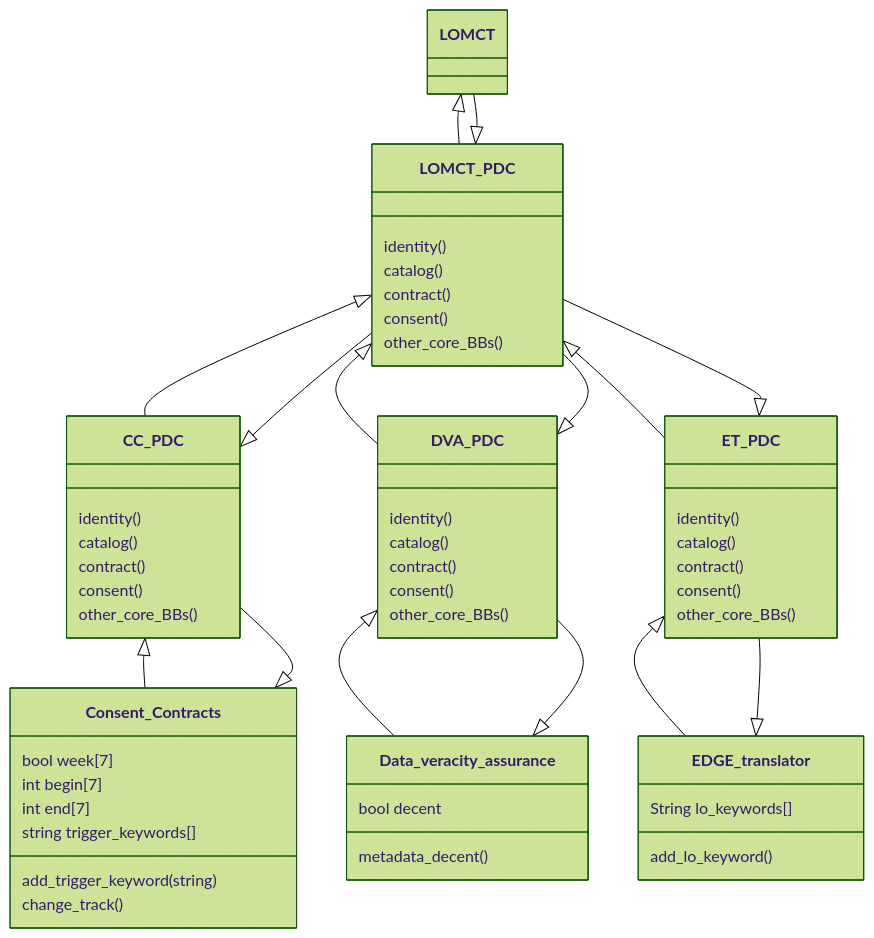
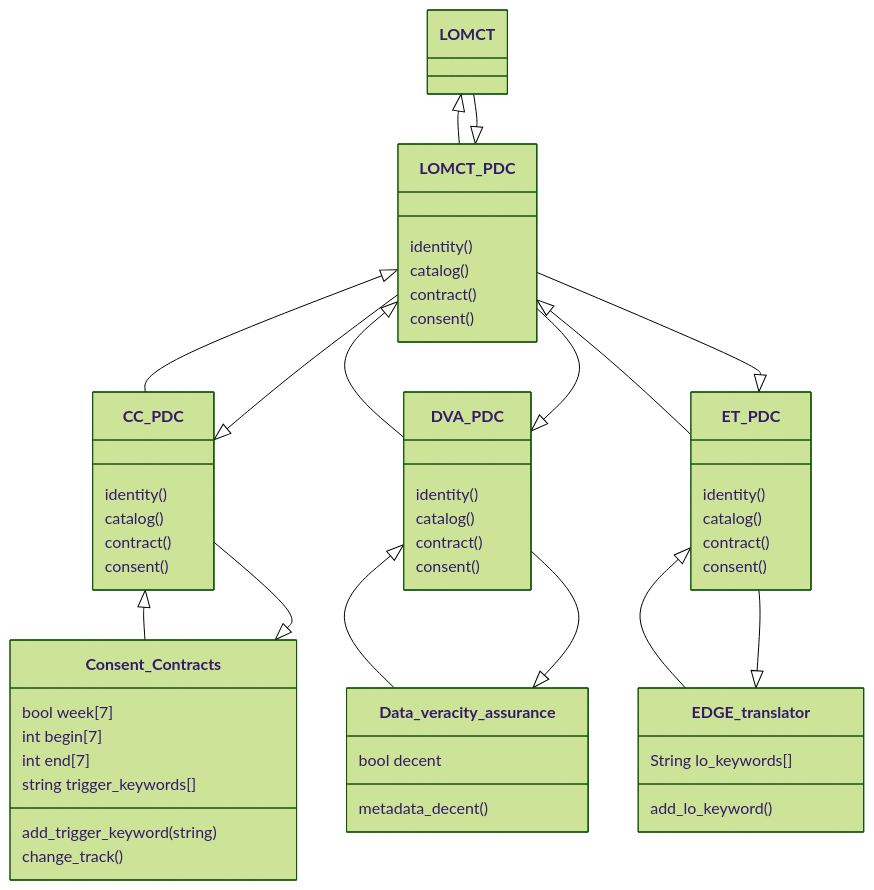
Before and after one commit to Prometheus-X-association/lomct: the second of 4 diagrams in docs/Learning Object Metadata Crowd Tagging BB – Design document.md, drawn with Mermaid (forest theme). The commit also changed other lines of this file, not shown here.

````diff
--- a/docs/Learning Object Metadata Crowd Tagging BB – Design document.md
+++ b/docs/Learning Object Metadata Crowd Tagging BB – Design document.md
@@ -565,61 +566,57 @@
 ```mermaid
 classDiagram
    LOMCT <|-- LOMCT_PDC
    LOMCT_PDC <|-- LOMCT
    LOMCT_PDC <|-- CC_PDC
    CC_PDC <|-- LOMCT_PDC
    CC_PDC <|-- Consent_Contracts
    Consent_Contracts <|-- CC_PDC
    LOMCT_PDC <|-- DVA_PDC
    DVA_PDC <|-- LOMCT_PDC
    DVA_PDC <|-- Data_veracity_assurance
    Data_veracity_assurance <|-- DVA_PDC
    LOMCT_PDC <|-- ET_PDC
    ET_PDC <|-- LOMCT_PDC
    ET_PDC <|-- EDGE_translator
    EDGE_translator <|-- ET_PDC
    class LOMCT_PDC{
      identity()
      catalog()
      contract()
      consent()
-     other_core_BBs()
    }
    class CC_PDC{
      identity()
      catalog()
      contract()
      consent()
-     other_core_BBs()
    }
    class DVA_PDC{
      identity()
      catalog()
      contract()
      consent()
-     other_core_BBs()
    }
    class ET_PDC{
      identity()
      catalog()
      contract()
      consent()
-     other_core_BBs()
    }
    class Consent_Contracts{
      bool week[7]
      int begin[7]
      int end[7]
      string trigger_keywords[]
      add_trigger_keyword(string)
      change_track()
    }
    class Data_veracity_assurance{
      bool decent
      metadata_decent()
    }
    class EDGE_translator{
      String lo_keywords[]
      add_lo_keyword()
    }
 ```
````
